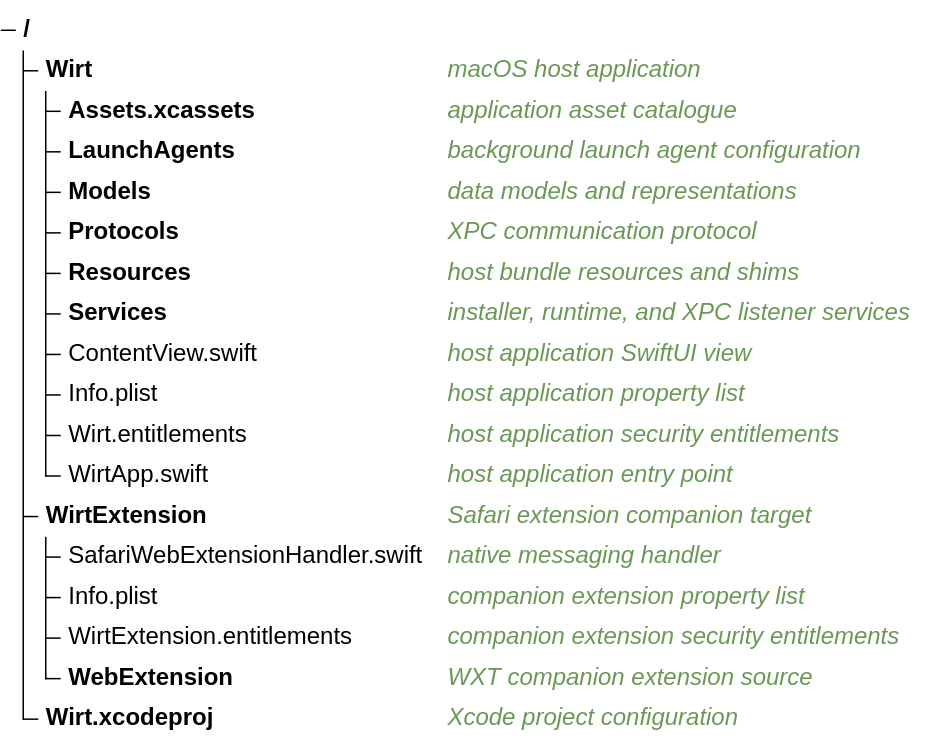
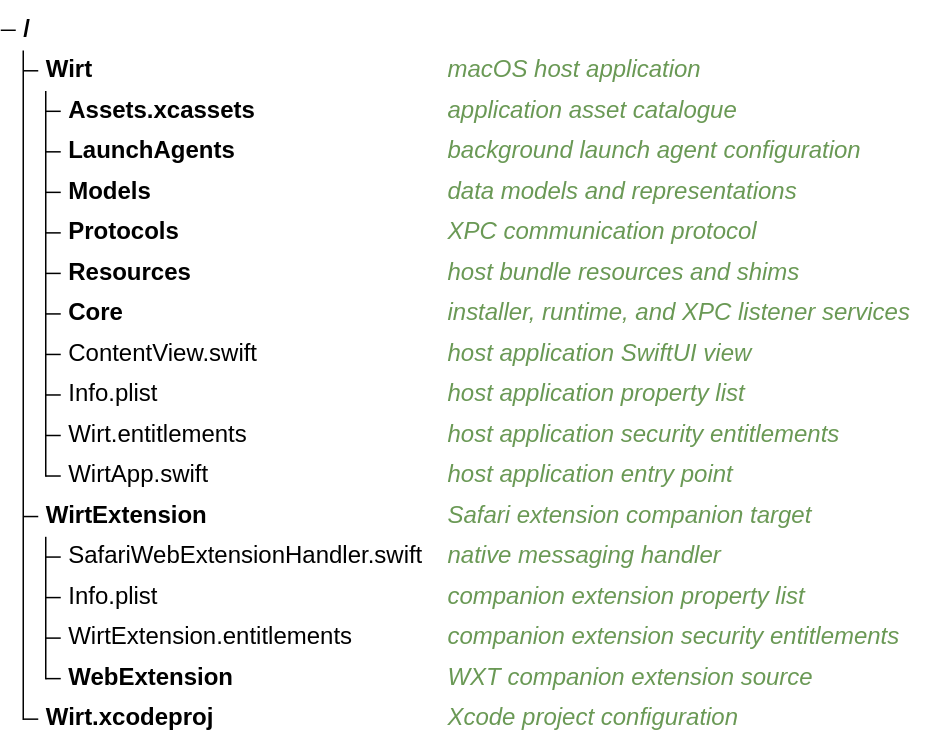
Before and after one commit to easonwong-de/Wirt: the diagram in CONTRIBUTING.md, drawn with Mermaid. The commit also changed 5 other files, not shown here.

Commit message:
refactor: rename Services directory to Core

````diff
--- a/CONTRIBUTING.md
+++ b/CONTRIBUTING.md
@@ -16,20 +16,20 @@
 ```mermaid
 treeView-beta
 ├── Wirt/ ## macOS host application
 │   ├── Assets.xcassets/ ## application asset catalogue
 │   ├── LaunchAgents/ ## background launch agent configuration
 │   ├── Models/ ## data models and representations
 │   ├── Protocols/ ## XPC communication protocol
 │   ├── Resources/ ## host bundle resources and shims
-│   ├── Services/ ## installer, runtime, and XPC listener services
+│   ├── Core/ ## installer, runtime, and XPC listener services
 │   ├── ContentView.swift ## host application SwiftUI view
 │   ├── Info.plist ## host application property list
 │   ├── Wirt.entitlements ## host application security entitlements
 │   └── WirtApp.swift ## host application entry point
 ├── WirtExtension/ ## Safari extension companion target
 │   ├── SafariWebExtensionHandler.swift ## native messaging handler
 │   ├── Info.plist ## companion extension property list
 │   ├── WirtExtension.entitlements ## companion extension security entitlements
 │   └── WebExtension/ ## WXT companion extension source
 └── Wirt.xcodeproj/ ## Xcode project configuration
 ```
````
